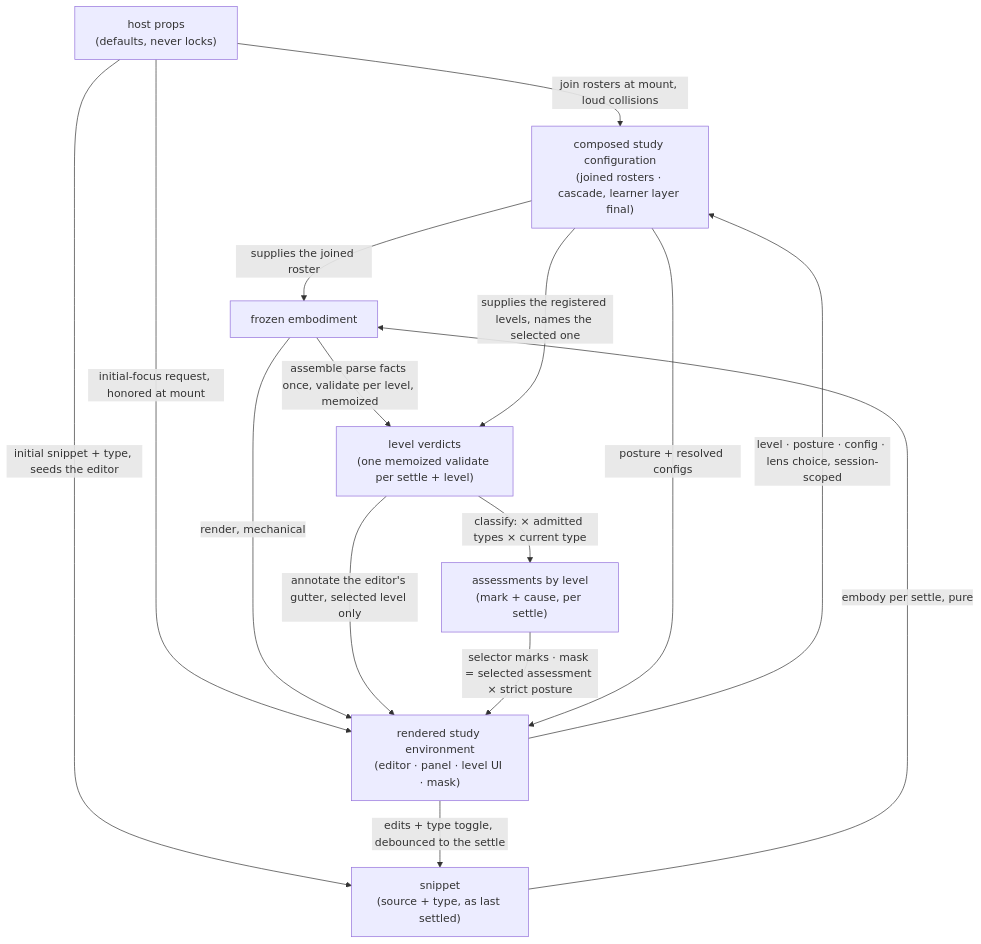
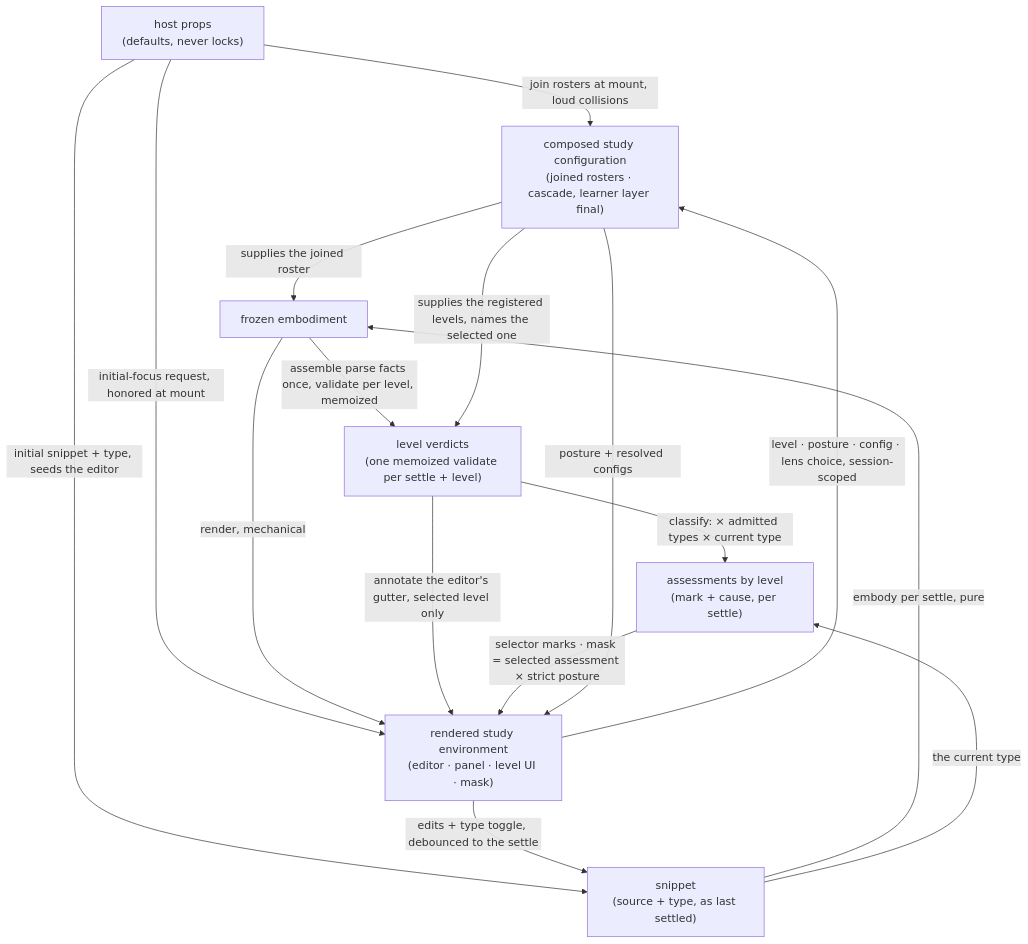
The first of 2 diagrams in src/lib/study-lenses/orchestrate/DOCS.md (codeschoolinabox/curricula), drawn with Mermaid before and after one commit. The commit also changed other lines of this file and 6 other files, not shown here.

````diff
--- a/src/lib/study-lenses/orchestrate/DOCS.md
+++ b/src/lib/study-lenses/orchestrate/DOCS.md
@@ -53,24 +55,25 @@
 ```mermaid
 flowchart TD
     PROPS["host props<br/>(defaults, never locks)"]
     CFG["composed study configuration<br/>(joined rosters · cascade, learner layer final)"]
     SNP["snippet<br/>(source + type, as last settled)"]
     EMB["frozen embodiment"]
     VER["level verdicts<br/>(one memoized validate per settle + level)"]
     MARKS["assessments by level<br/>(mark + cause, per settle)"]
     SUR["rendered study environment<br/>(editor · panel · level UI · mask)"]
     PROPS -->|"join rosters at mount, loud collisions"| CFG
     PROPS -->|"initial snippet + type, seeds the editor"| SNP
     PROPS -->|"initial-focus request, honored at mount"| SUR
     SNP -->|"embody per settle, pure"| EMB
     CFG -->|"supplies the joined roster"| EMB
     EMB -->|"assemble parse facts once, validate per level, memoized"| VER
     CFG -->|"supplies the registered levels, names the selected one"| VER
     VER -->|"classify: × admitted types × current type"| MARKS
+    SNP -->|"the current type"| MARKS
     EMB -->|"render, mechanical"| SUR
     VER -->|"annotate the editor's gutter, selected level only"| SUR
     MARKS -->|"selector marks · mask = selected assessment × strict posture"| SUR
     CFG -->|"posture + resolved configs"| SUR
     SUR -->|"edits + type toggle, debounced to the settle"| SNP
     SUR -->|"level · posture · config · lens choice, session-scoped"| CFG
 ```
````
